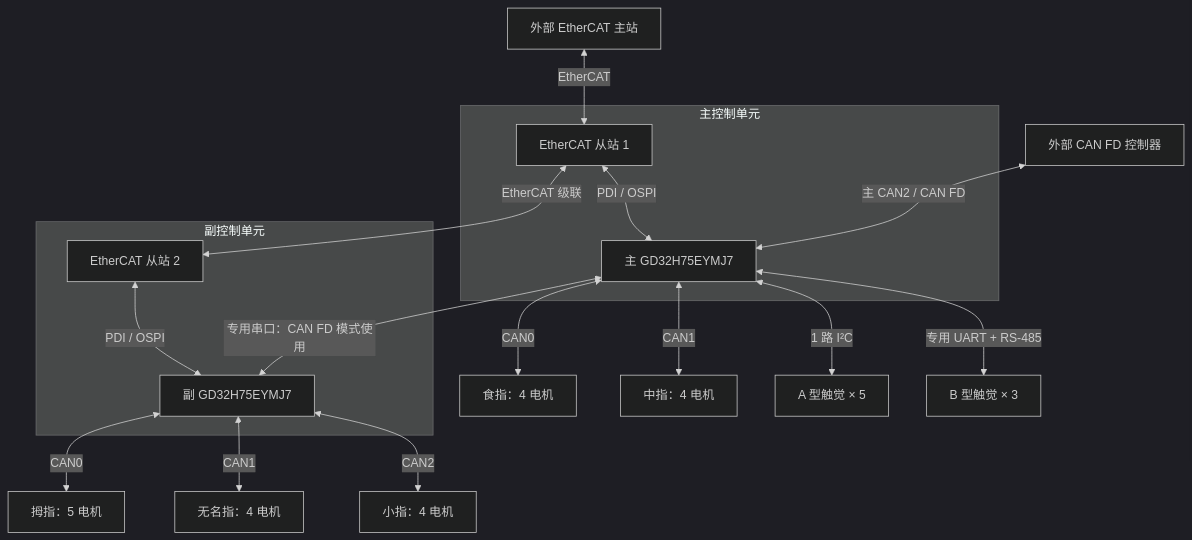
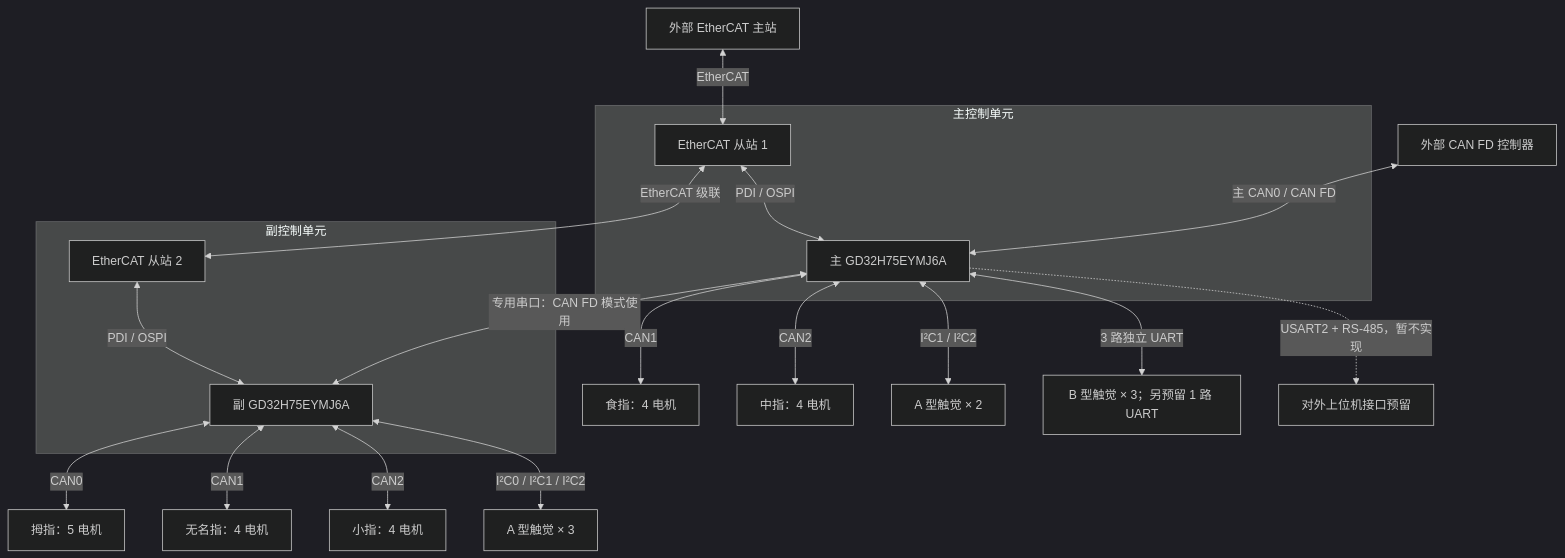
Before and after one commit to klsys777/plan_doce: the diagram in 22自由度灵巧手硬件控制架EtherCat版.md, drawn with Mermaid (dark theme). The commit also changed other lines of this file and 2 other files, not shown here.

````diff
--- a/22自由度灵巧手硬件控制架EtherCat版.md
+++ b/22自由度灵巧手硬件控制架EtherCat版.md
@@ -54,31 +56,33 @@
 ```mermaid
 flowchart TB
     EH["外部 EtherCAT 主站"]
     CH["外部 CAN FD 控制器"]
 
     subgraph MAIN["主控制单元"]
         E1["EtherCAT 从站 1"]
-        M["主 GD32H75EYMJ7"]
+        M["主 GD32H75EYMJ6A"]
         E1 <-->|"PDI / OSPI"| M
     end
 
     subgraph SUB["副控制单元"]
         E2["EtherCAT 从站 2"]
-        S["副 GD32H75EYMJ7"]
+        S["副 GD32H75EYMJ6A"]
         E2 <-->|"PDI / OSPI"| S
     end
 
     EH <-->|"EtherCAT"| E1
     E1 <-->|"EtherCAT 级联"| E2
-    CH <-->|"主 CAN2 / CAN FD"| M
+    CH <-->|"主 CAN0 / CAN FD"| M
     M <-->|"专用串口：CAN FD 模式使用"| S
 
-    M <-->|"CAN0"| INDEX["食指：4 电机"]
-    M <-->|"CAN1"| MIDDLE["中指：4 电机"]
+    M <-->|"CAN1"| INDEX["食指：4 电机"]
+    M <-->|"CAN2"| MIDDLE["中指：4 电机"]
     S <-->|"CAN0"| THUMB["拇指：5 电机"]
     S <-->|"CAN1"| RING["无名指：4 电机"]
     S <-->|"CAN2"| PINKY["小指：4 电机"]
 
-    M <-->|"1 路 I²C"| A["A 型触觉 × 5"]
-    M <-->|"专用 UART + RS-485"| B["B 型触觉 × 3"]
+    M <-->|"I²C1 / I²C2"| A1["A 型触觉 × 2"]
+    S <-->|"I²C0 / I²C1 / I²C2"| A2["A 型触觉 × 3"]
+    M <-->|"3 路独立 UART"| B["B 型触觉 × 3；另预留 1 路 UART"]
+    M -.->|"USART2 + RS-485，暂不实现"| RH["对外上位机接口预留"]
 ```
````
